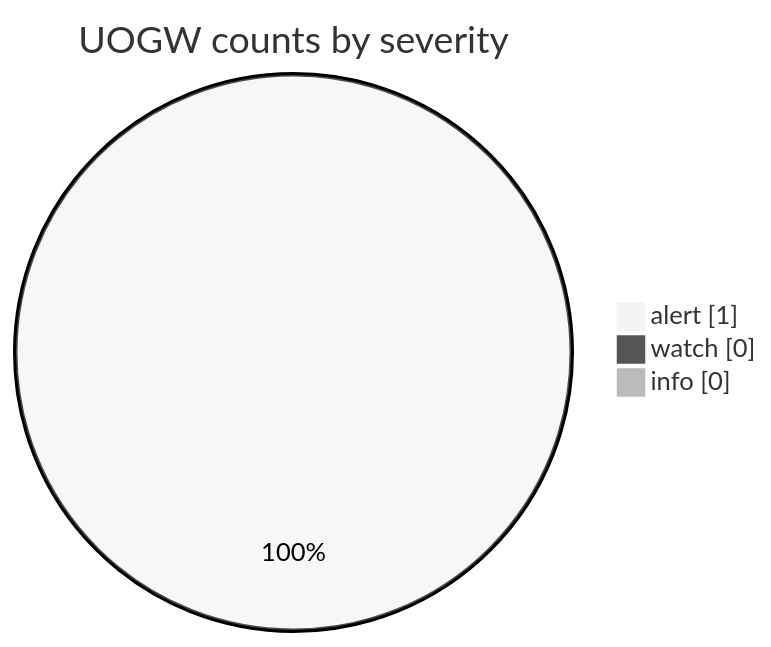
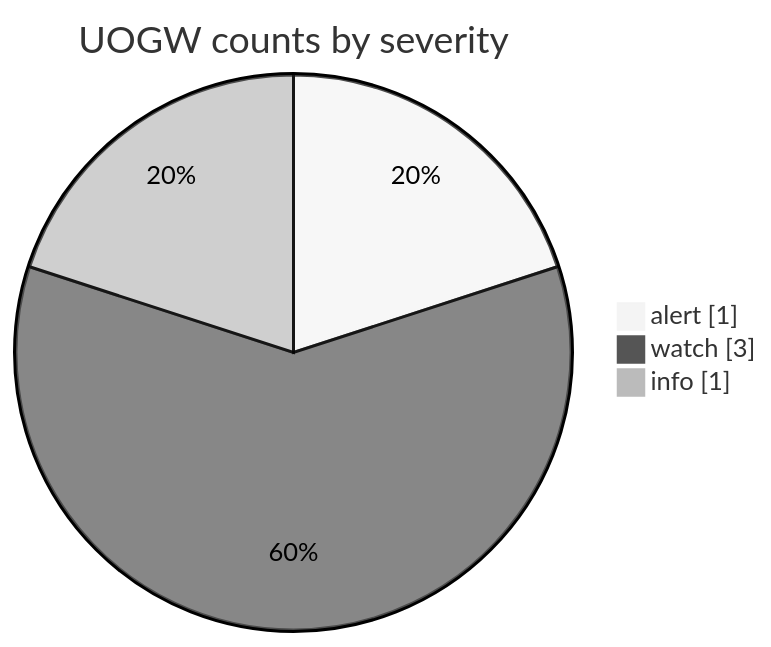
Before and after one commit to Midwest-Stratospheric/aerostratospheric-defense-gir: the fourth of 6 diagrams in docs/GRAPHS.md, drawn with Mermaid (neutral theme). The commit also changed other lines of this file and 26 other files, not shown here.

````diff
--- a/docs/GRAPHS.md
+++ b/docs/GRAPHS.md
@@ -66,7 +66,7 @@
 ```mermaid
 pie showData
   title UOGW counts by severity
   "alert" : 1
-  "watch" : 0
-  "info" : 0
+  "watch" : 3
+  "info" : 1
 ```
````
